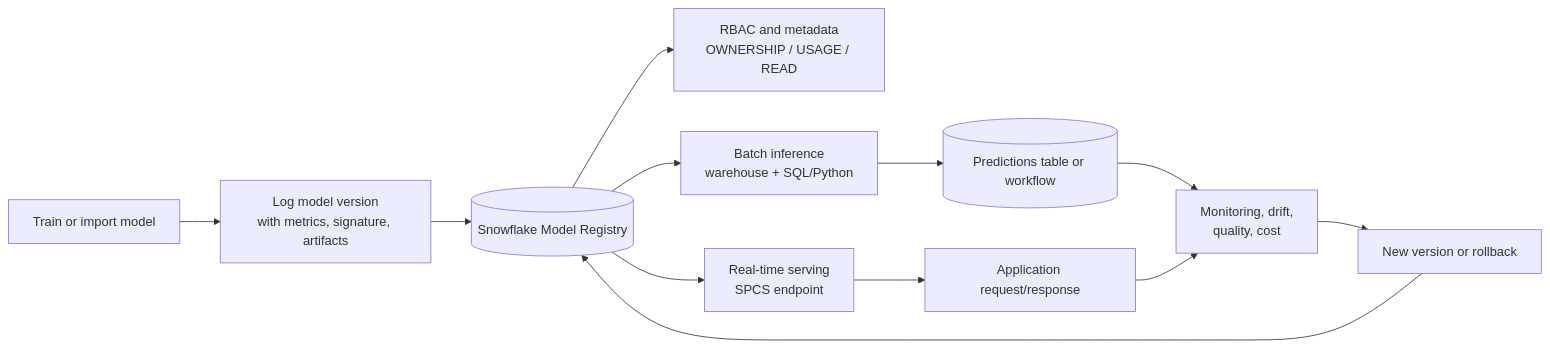
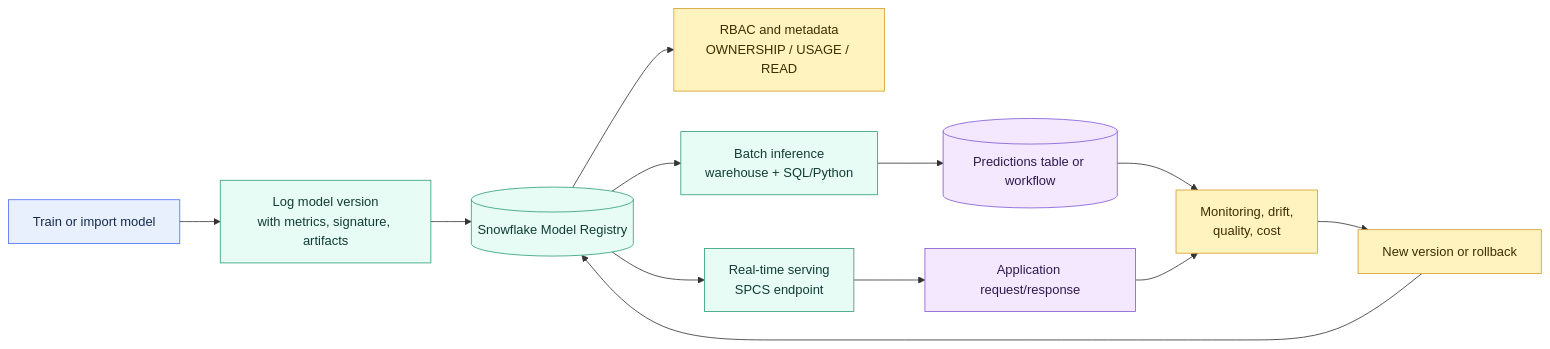
The diagram in 01 Snowflake/05 Advanced Analytics and AI/35 ML Model Registry.md (shonningsoy/Upskill), drawn with Mermaid before and after one commit. The commit also changed other lines of this file and 12 other files, not shown here.

````diff
--- a/01 Snowflake/05 Advanced Analytics and AI/35 ML Model Registry.md
+++ b/01 Snowflake/05 Advanced Analytics and AI/35 ML Model Registry.md
@@ -85,14 +88,24 @@
 ```mermaid
 flowchart LR
     TRAIN["Train or import model"] --> LOG["Log model version<br/>with metrics, signature, artifacts"]
     LOG --> REG[("Snowflake Model Registry")]
     REG --> RBAC["RBAC and metadata<br/>OWNERSHIP / USAGE / READ"]
     REG --> BATCH["Batch inference<br/>warehouse + SQL/Python"]
     REG --> SERVE["Real-time serving<br/>SPCS endpoint"]
     BATCH --> PRED[("Predictions table or workflow")]
     SERVE --> APP["Application request/response"]
     PRED --> MON["Monitoring, drift,<br/>quality, cost"]
     APP --> MON
     MON --> NEXT["New version or rollback"]
     NEXT --> REG
+
+    classDef input fill:#E8F0FE,stroke:#4C6EF5,color:#172B4D
+    classDef control fill:#FFF3BF,stroke:#D69E2E,color:#3D2E00
+    classDef snowflake fill:#E6FCF5,stroke:#2F9E7B,color:#123C34
+    classDef platform fill:#F1F3F5,stroke:#868E96,color:#212529
+    classDef output fill:#F3E8FF,stroke:#805AD5,color:#2D1B4E
+    class TRAIN input
+    class LOG,REG,BATCH,SERVE snowflake
+    class RBAC,MON,NEXT control
+    class PRED,APP output
 ```
````
